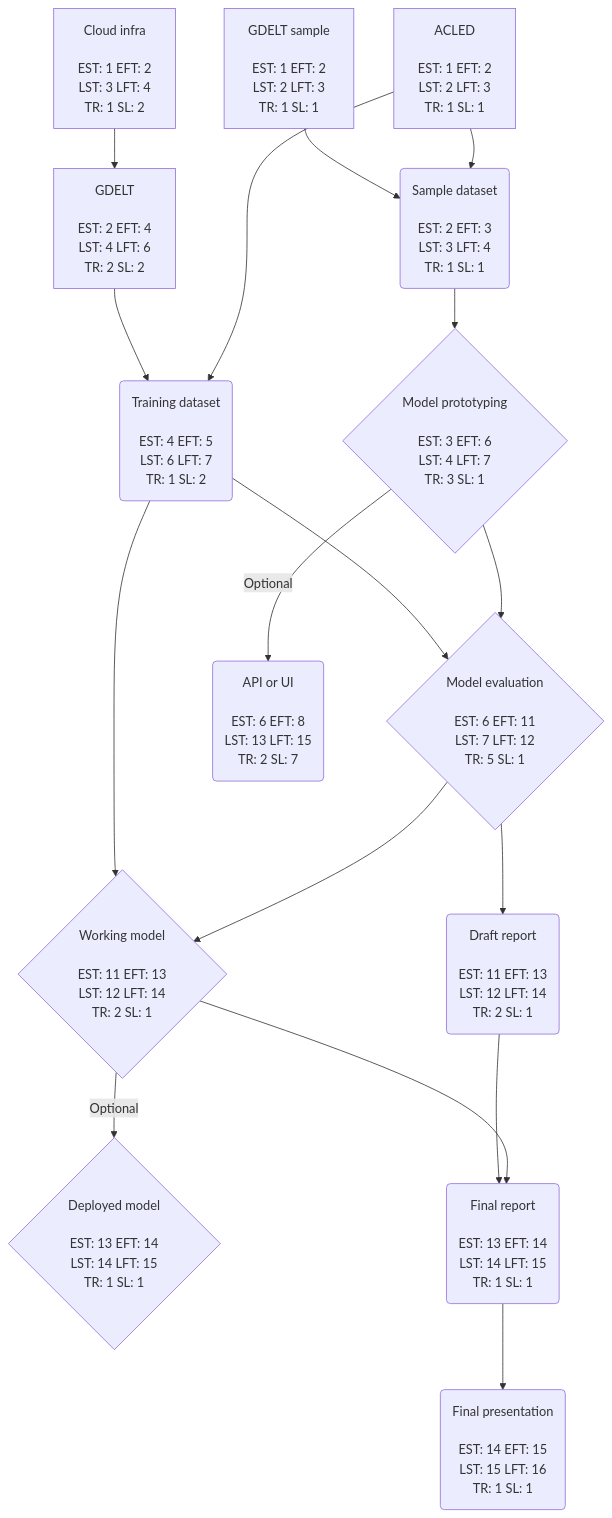
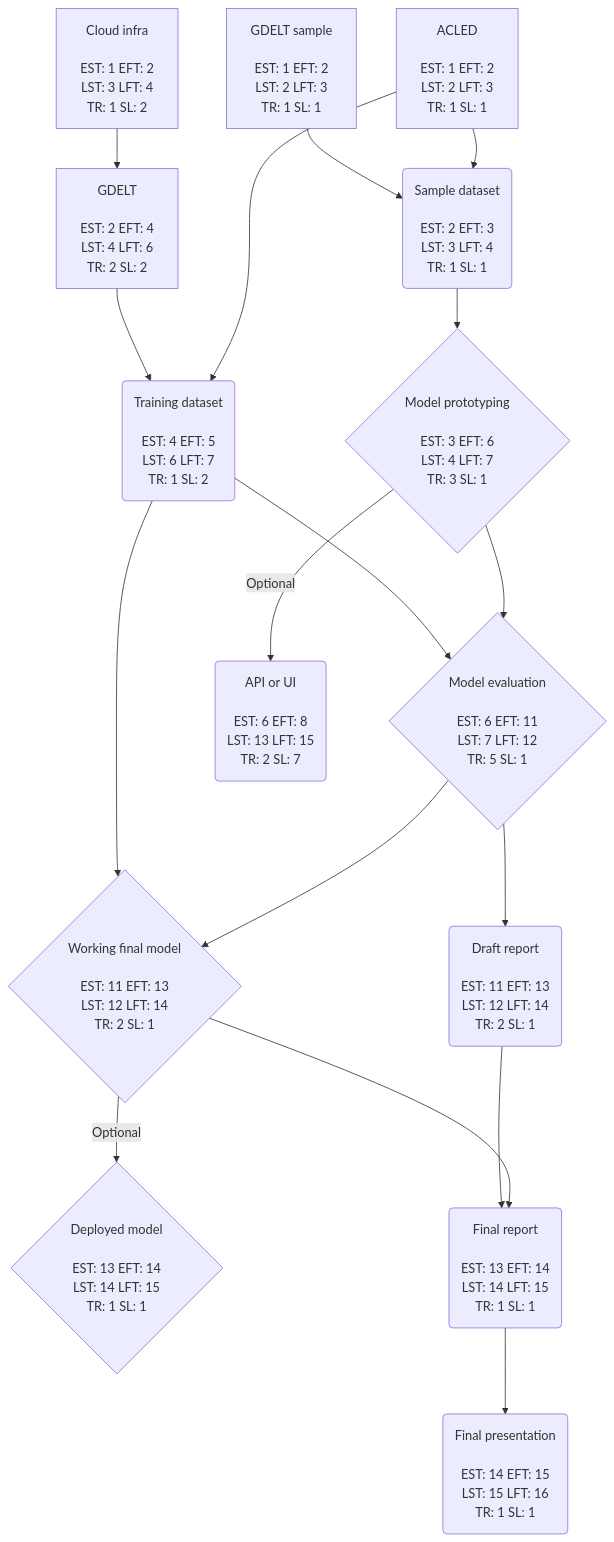
One commit to ewheeler/foresight changed the second of 2 diagrams in docs/cpa.qmd. Above: the diagram before and after it, drawn with Mermaid. The commit also changed other lines of this file, not shown here.

````diff
--- a/docs/cpa.qmd
+++ b/docs/cpa.qmd
@@ -6,19 +42,22 @@
 ```{mermaid}
 graph TD
     H[Cloud infra \n\nEST: 1 EFT: 2 \nLST: 3 LFT: 4\n TR: 1 SL: 2] --> A
     A[GDELT \n\nEST: 2 EFT: 4 \nLST: 4 LFT: 6\n TR: 2 SL: 2] -->B(Training dataset \n\nEST: 4 EFT: 5 \nLST: 6 LFT: 7\n TR: 1 SL: 2)
     M[GDELT sample \n\nEST: 1 EFT: 2 \nLST: 2 LFT: 3\n TR: 1 SL: 1] --> I(Sample dataset \n\nEST: 2 EFT: 3 \nLST: 3 LFT: 4\n TR: 1 SL: 1)
     G[ACLED \n\nEST: 1 EFT: 2 \nLST: 2 LFT: 3\n TR: 1 SL: 1] --> B
+
     G --> I
-    B --> C{Working model  \n\nEST: 11 EFT: 13 \nLST: 12 LFT: 14\n TR: 2 SL: 1}
+    B --> C{Working final model    \n\nEST: 11 EFT: 13 \nLST: 12 LFT: 14\n TR: 2 SL: 1}
     B --> J{Model evaluation \n\nEST: 6 EFT: 11 \nLST: 7 LFT: 12\n TR: 5 SL: 1}
+    I --> K{Model prototyping \n\nEST: 3 EFT: 6 \nLST: 4 LFT: 7\n TR: 3 SL: 1}
+    
     C --> |Optional|L{Deployed model \n\nEST: 13 EFT: 14 \nLST: 14 LFT: 15\n TR: 1 SL: 1}
-    I --> K{Model prototyping \n\nEST: 3 EFT: 6 \nLST: 4 LFT: 7\n TR: 3 SL: 1}
+    K -->|Optional| D(API or UI \n\nEST: 6 EFT: 8 \nLST: 13 LFT: 15\n TR: 2 SL: 7)
+    
     K --> J
     J --> N(Draft report \n\nEST: 11 EFT: 13 \nLST: 12 LFT: 14\n TR: 2 SL: 1)
     N --> F
     J --> C
-    K -->|Optional| D(API or UI \n\nEST: 6 EFT: 8 \nLST: 13 LFT: 15\n TR: 2 SL: 7)
     F --> E(Final presentation \n\nEST: 14 EFT: 15 \nLST: 15 LFT: 16\n TR: 1 SL: 1)
     C --> F(Final report \n\nEST: 13 EFT: 14 \nLST: 14 LFT: 15\n TR: 1 SL: 1)
 ```
````
